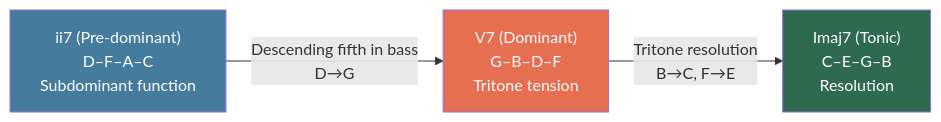
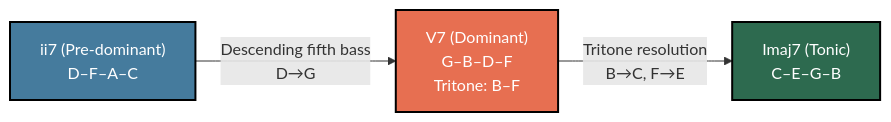
One commit to blebleblee/synapse changed the second of 5 diagrams in topics/arts/composition/songwriting/lesson_04_harmonic_progressions.md. Above: the diagram before and after it, drawn with Mermaid. The commit also changed other lines of this file and 4 other files, not shown here.

````diff
--- a/topics/arts/composition/songwriting/lesson_04_harmonic_progressions.md
+++ b/topics/arts/composition/songwriting/lesson_04_harmonic_progressions.md
@@ -149,9 +204,13 @@
 ```mermaid
 graph LR
-    ii["ii7 (Pre-dominant)\nD–F–A–C\nSubdominant function"] -->|"Descending fifth in bass\nD→G"| V7["V7 (Dominant)\nG–B–D–F\nTritone tension"]
-    V7 -->|"Tritone resolution\nB→C, F→E"| Imaj7["Imaj7 (Tonic)\nC–E–G–B\nResolution"]
+    ii["ii7 (Pre-dominant)\nD–F–A–C"]
+    V7["V7 (Dominant)\nG–B–D–F\nTritone: B–F"]
+    Imaj7["Imaj7 (Tonic)\nC–E–G–B"]
 
-    style ii fill:#457b9d,color:#fff
-    style V7 fill:#e76f51,color:#fff
-    style Imaj7 fill:#2d6a4f,color:#fff
+    ii -->|"Descending fifth bass\nD→G"| V7
+    V7 -->|"Tritone resolution\nB→C, F→E"| Imaj7
+
+    style ii fill:#457b9d,stroke:#000,stroke-width:2px,color:#fff
+    style V7 fill:#e76f51,stroke:#000,stroke-width:2px,color:#fff
+    style Imaj7 fill:#2d6a4f,stroke:#000,stroke-width:2px,color:#fff
 ```
````
